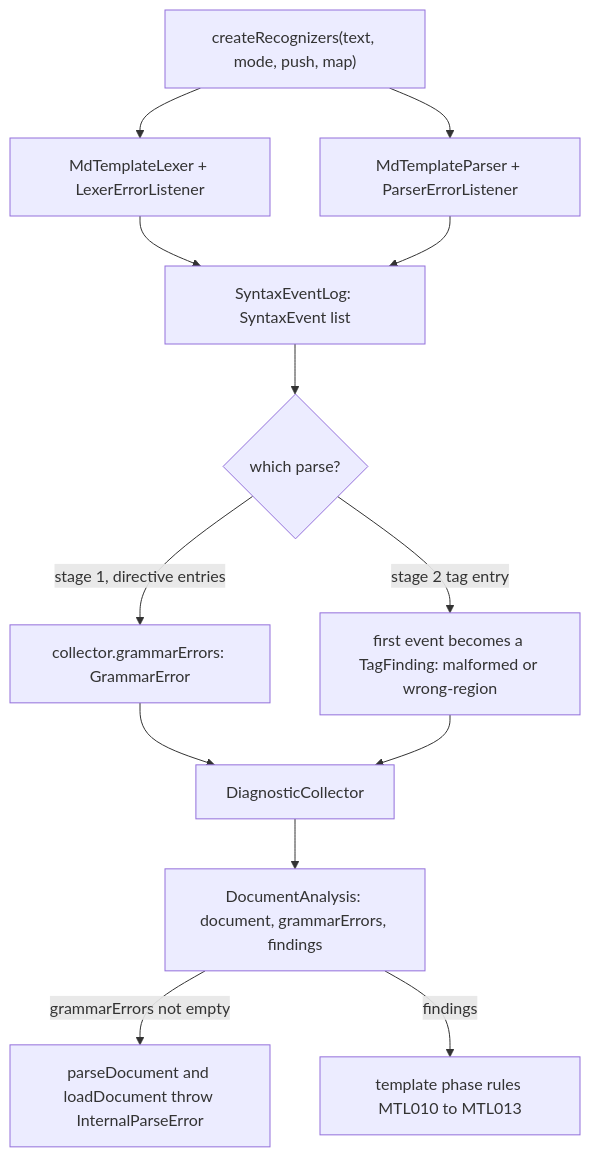
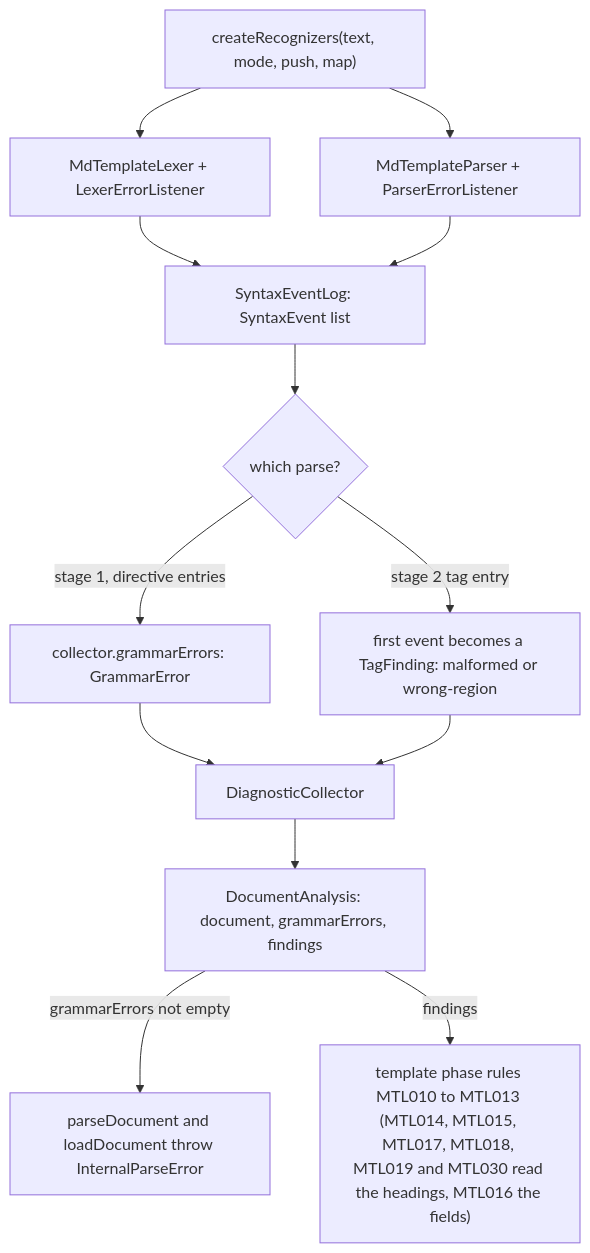
One commit to m21-cerutti/md-template-lint changed the second of 2 diagrams in docs/guides/grammar-and-listeners.md. Above: the diagram before and after it, drawn with Mermaid. The commit also changed other lines of this file and 1489 other files, not shown here.

````diff
--- a/docs/guides/grammar-and-listeners.md
+++ b/docs/guides/grammar-and-listeners.md
@@ -146,15 +146,15 @@
 ```mermaid
 flowchart TD
   rec["createRecognizers(text, mode, push, map)"] --> lex["MdTemplateLexer + LexerErrorListener"]
   rec --> par["MdTemplateParser + ParserErrorListener"]
   lex --> log["SyntaxEventLog: SyntaxEvent list"]
   par --> log
   log --> stage{"which parse?"}
   stage -->|"stage 1, directive entries"| grammar["collector.grammarErrors: GrammarError"]
   stage -->|"stage 2 tag entry"| finding["first event becomes a TagFinding: malformed or wrong-region"]
   grammar --> coll["DiagnosticCollector"]
   finding --> coll
   coll --> out["DocumentAnalysis: document, grammarErrors, findings"]
   out -->|"grammarErrors not empty"| boom["parseDocument and loadDocument throw InternalParseError"]
-  out -->|"findings"| rules["template phase rules MTL010 to MTL013"]
+  out -->|"findings"| rules["template phase rules MTL010 to MTL013 (MTL014, MTL015, MTL017, MTL018, MTL019 and MTL030 read the headings, MTL016 the fields)"]
 ```
````
